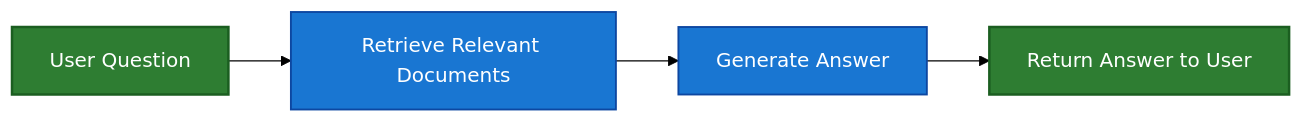
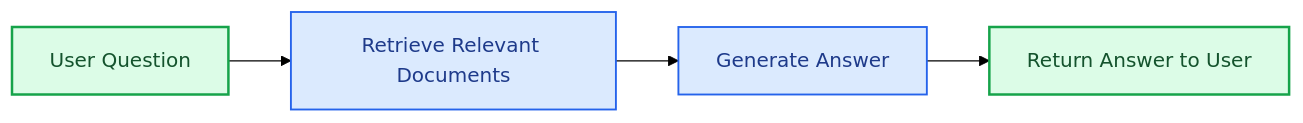
The second of 4 diagrams in build/oss/javascript/langchain/retrieval.mdx (bansalkanav/docs), drawn with Mermaid (forest theme) before and after one commit. The commit also changed other lines of this file and 2887 other files, not shown here.

````diff
--- a/build/oss/javascript/langchain/retrieval.mdx
+++ b/build/oss/javascript/langchain/retrieval.mdx
@@ -125,13 +135,13 @@
 ```mermaid
 graph LR
     A[User Question] --> B["Retrieve Relevant Documents"]
     B --> C["Generate Answer"]
     C --> D[Return Answer to User]
 
     %% Styling
-    classDef startend fill:#2e7d32,stroke:#1b5e20,stroke-width:2px,color:#fff
-    classDef process fill:#1976d2,stroke:#0d47a1,stroke-width:1.5px,color:#fff
+    classDef startend fill:#DCFCE7,stroke:#16A34A,stroke-width:2px,color:#14532D
+    classDef process fill:#DBEAFE,stroke:#2563EB,stroke-width:1.5px,color:#1E3A8A
 
     class A,D startend
     class B,C process
 ```
````
